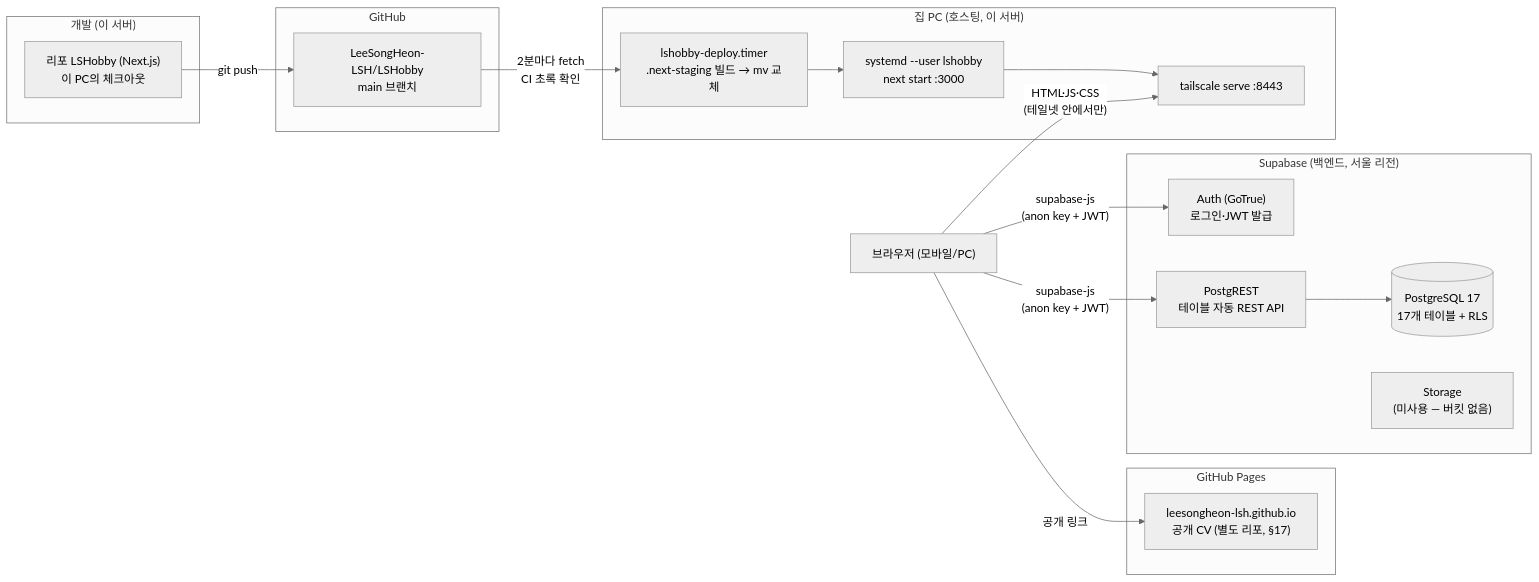
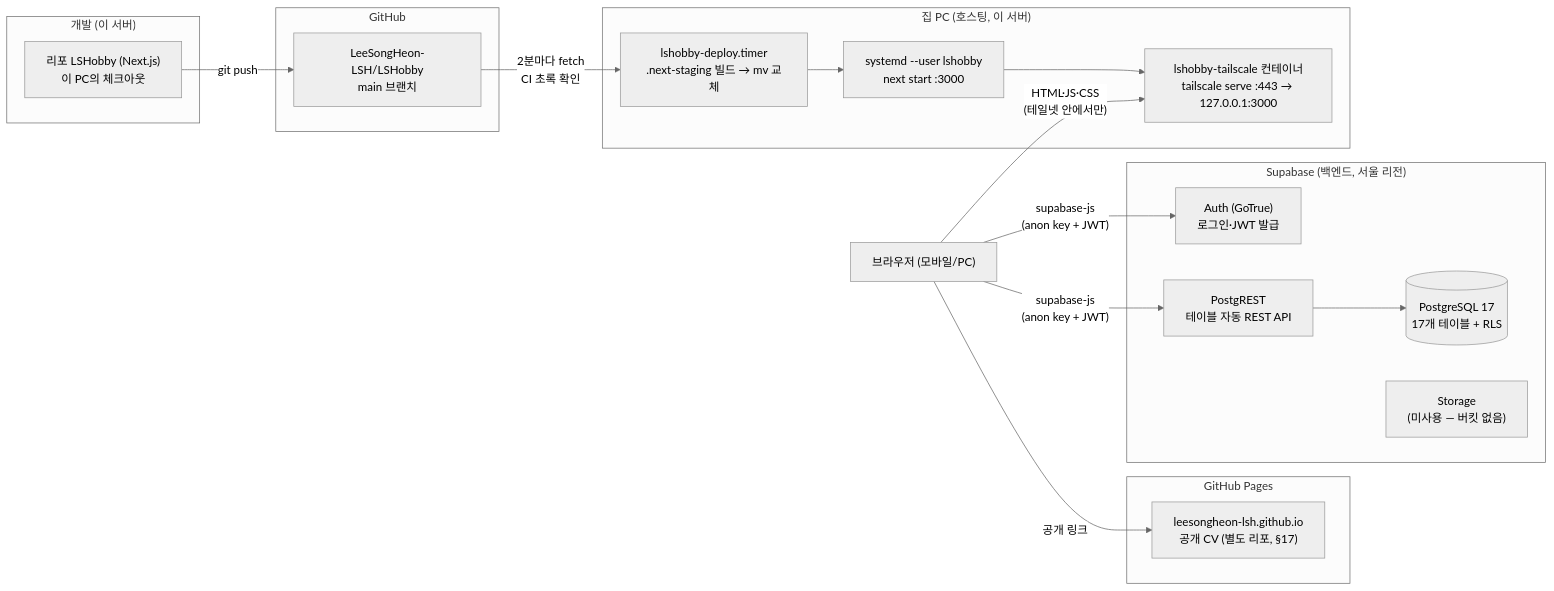
The first of 3 diagrams in docs/16-infra.md (LeeSongHeon-LSH/LSHobby), drawn with Mermaid (neutral theme) before and after one commit. The commit also changed other lines of this file and 4 other files, not shown here.

````diff
--- a/docs/16-infra.md
+++ b/docs/16-infra.md
@@ -11,31 +11,31 @@
 ```mermaid
 flowchart LR
     subgraph dev["개발 (이 서버)"]
         CODE["리포 LSHobby (Next.js)<br/>이 PC의 체크아웃"]
     end
     subgraph gh["GitHub"]
         REPO["LeeSongHeon-LSH/LSHobby<br/>main 브랜치"]
     end
     subgraph home["집 PC (호스팅, 이 서버)"]
         BUILD["lshobby-deploy.timer<br/>.next-staging 빌드 → mv 교체"]
         PROD["systemd --user lshobby<br/>next start :3000"]
-        TS["tailscale serve :8443"]
+        TS["lshobby-tailscale 컨테이너<br/>tailscale serve :443 → 127.0.0.1:3000"]
     end
     subgraph pages["GitHub Pages"]
         CV["leesongheon-lsh.github.io<br/>공개 CV (별도 리포, §17)"]
     end
     subgraph supa["Supabase (백엔드, 서울 리전)"]
         AUTH["Auth (GoTrue)<br/>로그인·JWT 발급"]
         REST["PostgREST<br/>테이블 자동 REST API"]
         DB[("PostgreSQL 17<br/>17개 테이블 + RLS")]
         STG["Storage<br/>(미사용 — 버킷 없음)"]
     end
     U["브라우저 (모바일/PC)"]
 
     CODE -- git push --> REPO
     REPO -- 2분마다 fetch<br/>CI 초록 확인 --> BUILD --> PROD --> TS
     U -- "HTML·JS·CSS<br/>(테일넷 안에서만)" --> TS
     U -- supabase-js<br/>(anon key + JWT) --> AUTH & REST
     REST --> DB
     U -- 공개 링크 --> CV
 ```
````
